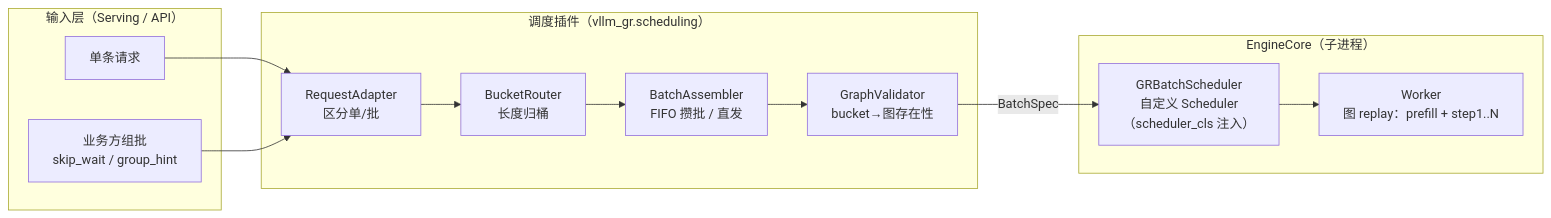
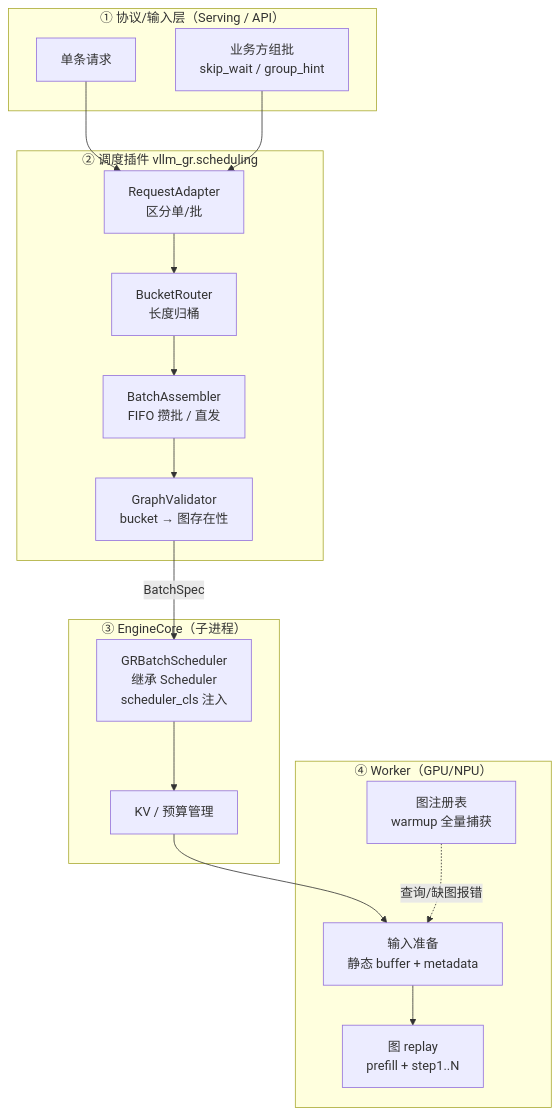
Before and after one commit to ZhiYunpenghuawei/p1: the second of 10 diagrams in scheduler_plugin_architecture.md, drawn with Mermaid. The commit also changed other lines of this file, not shown here.

````diff
--- a/scheduler_plugin_architecture.md
+++ b/scheduler_plugin_architecture.md
@@ -33,21 +109,27 @@
 ```mermaid
-flowchart LR
-    subgraph IN["输入层（Serving / API）"]
+flowchart TD
+    subgraph L1["① 协议/输入层（Serving / API）"]
         S1[单条请求]
         S2[业务方组批<br>skip_wait / group_hint]
     end
-    subgraph PLUGIN["调度插件（vllm_gr.scheduling）"]
+    subgraph L2["② 调度插件 vllm_gr.scheduling"]
         A[RequestAdapter<br>区分单/批]
         B[BucketRouter<br>长度归桶]
         C[BatchAssembler<br>FIFO 攒批 / 直发]
-        V[GraphValidator<br>bucket→图存在性]
+        V[GraphValidator<br>bucket → 图存在性]
     end
-    subgraph ENGINE["EngineCore（子进程）"]
-        SCH[GRBatchScheduler<br>自定义 Scheduler<br>（scheduler_cls 注入）]
-        W[Worker<br>图 replay：prefill + step1..N]
+    subgraph L3["③ EngineCore（子进程）"]
+        SCH[GRBatchScheduler<br>继承 Scheduler<br>scheduler_cls 注入]
+        M[KV / 预算管理]
+    end
+    subgraph L4["④ Worker（GPU/NPU）"]
+        P[输入准备<br>静态 buffer + metadata]
+        G[图注册表<br>warmup 全量捕获]
+        R[图 replay<br>prefill + step1..N]
     end
 
     S1 --> A
     S2 --> A
-    A --> B --> C --> V --> |BatchSpec| SCH --> W
+    A --> B --> C --> V -->|BatchSpec| SCH --> M --> P --> R
+    G -. 查询/缺图报错 .-> P
 ```
````
